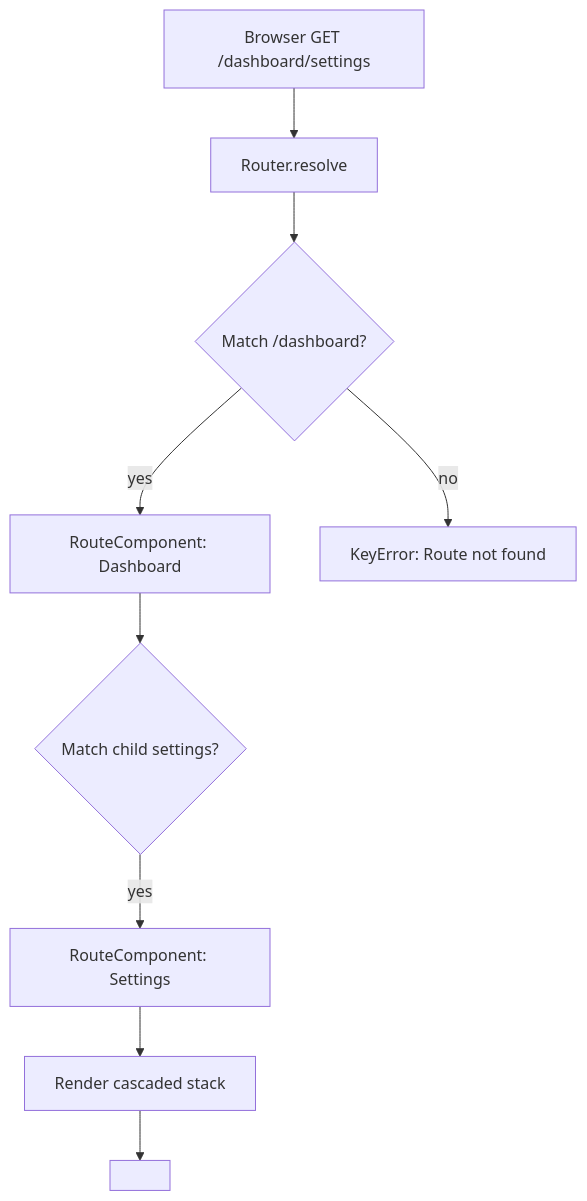
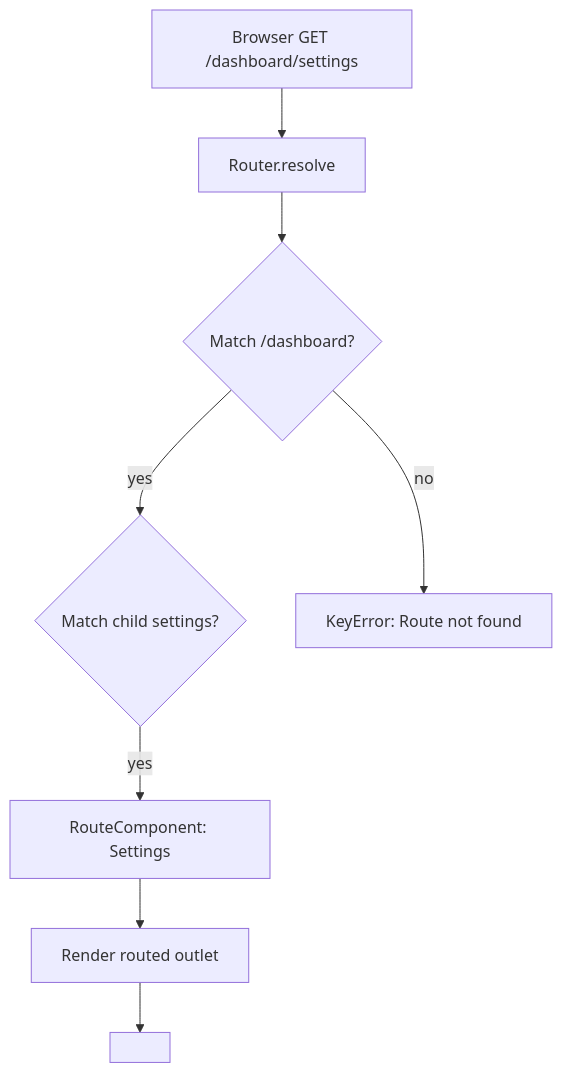
Before and after one commit to roderiano/lua-spa: the diagram in docs/docs/get-started/routing.md, drawn with Mermaid. The commit also changed other lines of this file and 6 other files, not shown here.

````diff
--- a/docs/docs/get-started/routing.md
+++ b/docs/docs/get-started/routing.md
@@ -55,11 +70,10 @@
 ```mermaid
 flowchart TD
     A[Browser GET /dashboard/settings] --> B[Router.resolve]
     B --> C{Match /dashboard?}
-    C -- yes --> D[RouteComponent: Dashboard]
-    D --> E{Match child settings?}
-    E -- yes --> F[RouteComponent: Settings]
-    F --> G[Render cascaded stack]
-    G --> H["<Dashboard><Settings /></Dashboard>"]
+  C -- yes --> D{Match child settings?}
+  D -- yes --> E[RouteComponent: Settings]
+  E --> F[Render routed outlet]
+  F --> G["<Layout><Settings /></Layout>"]
     C -- no --> I[KeyError: Route not found]
 ```
````
